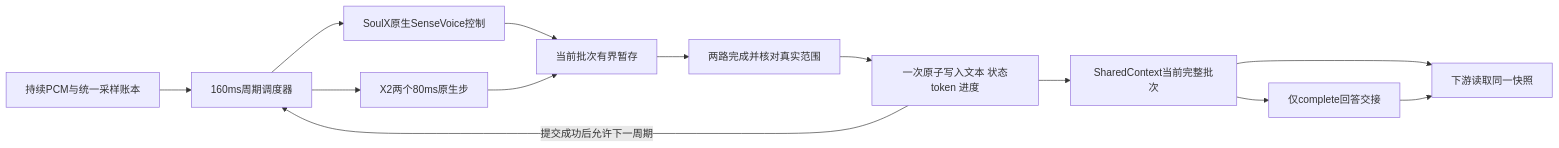
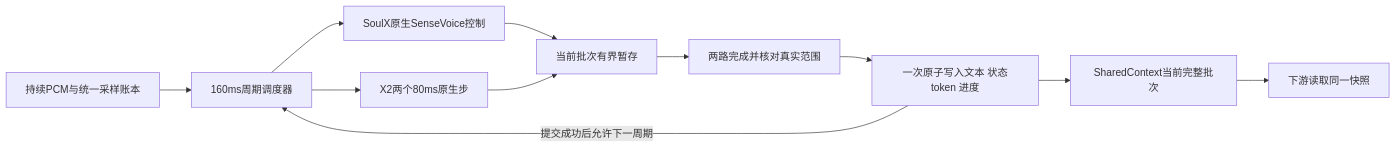
The first of 2 diagrams in docs/dev/SoulX-Duplug/independent_streaming_frontend.md (Vitalrubbish/InterClarify), drawn with Mermaid before and after one commit. The commit also changed other lines of this file and 27 other files, not shown here.

````diff
--- a/docs/dev/SoulX-Duplug/independent_streaming_frontend.md
+++ b/docs/dev/SoulX-Duplug/independent_streaming_frontend.md
@@ -15,15 +15,13 @@
 ```mermaid
 flowchart LR
     A[持续PCM与统一采样账本] --> Q[160ms周期调度器]
     Q --> B[SoulX原生SenseVoice控制]
     Q --> C[X2两个80ms原生步]
     B --> P[当前批次有界暂存]
     C --> P
     P --> R[两路完成并核对真实范围]
     R --> F[一次原子写入文本 状态token 进度]
     F -->|提交成功后允许下一周期| Q
     F --> S[SharedContext当前完整批次]
     S --> L[下游读取同一快照]
-    S --> I[仅complete回答交接]
-    I --> L
 ```
````
